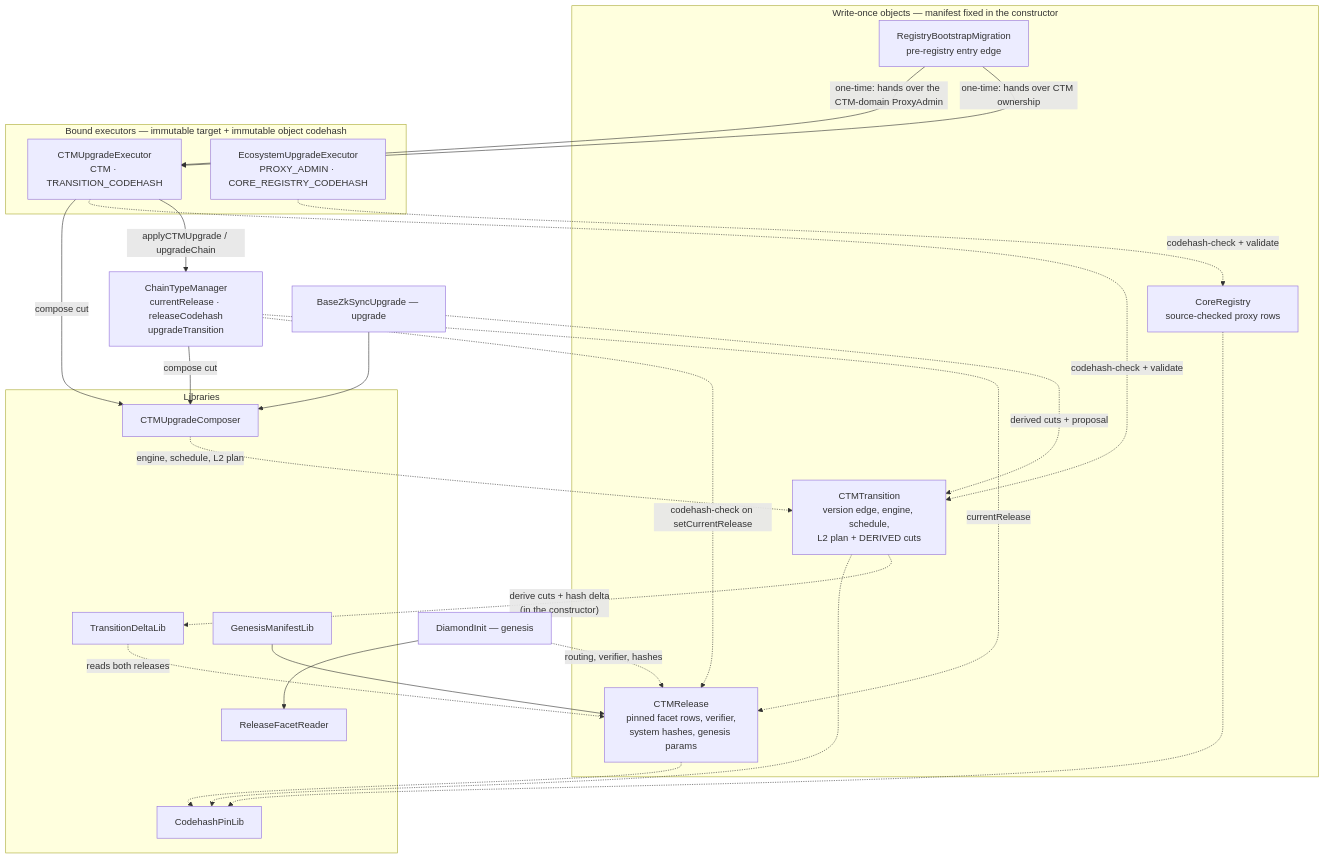
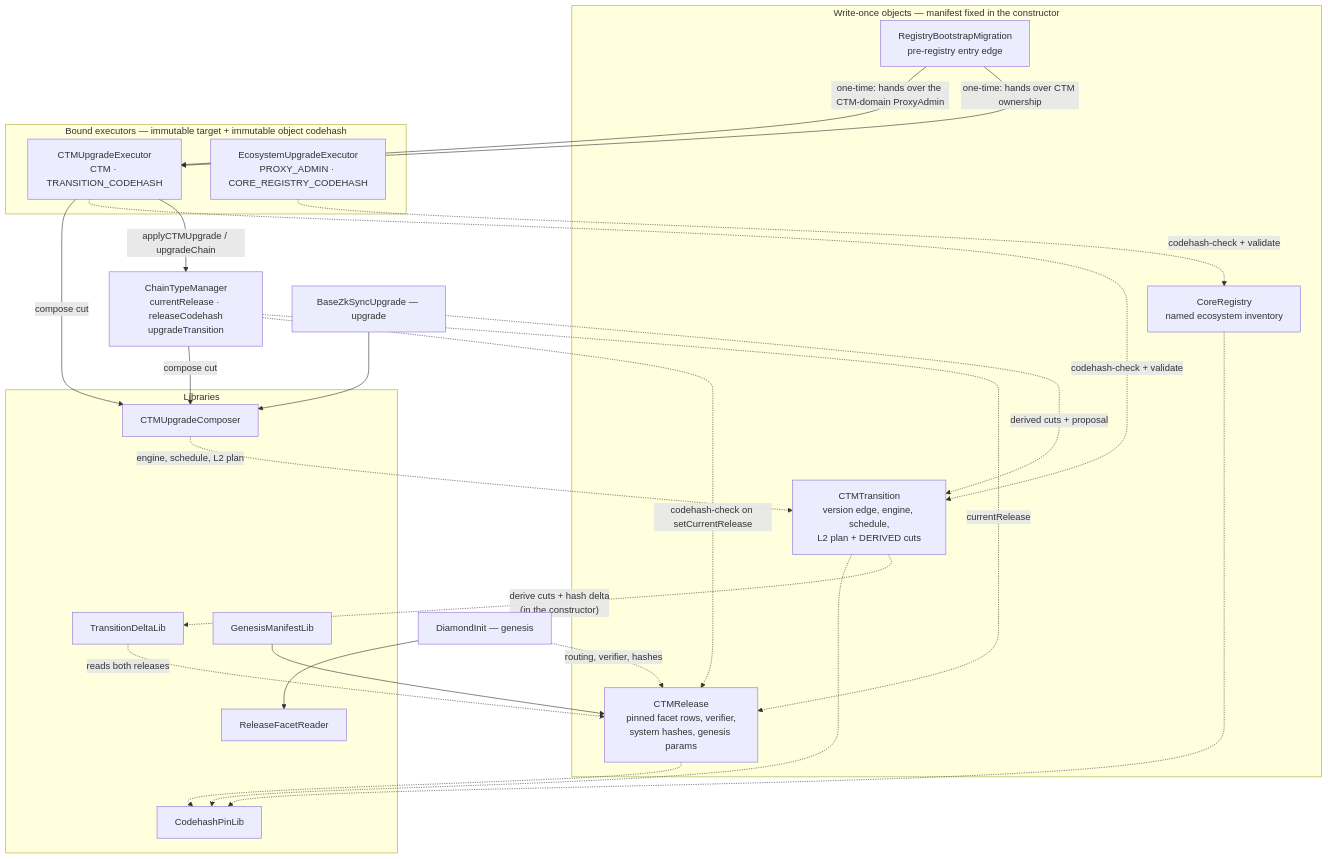
Before and after one commit to matter-labs/era-contracts: the first of 3 diagrams in docs/registry-driven-upgrades.md, drawn with Mermaid. The commit also changed other lines of this file and 15 other files, not shown here.

First line of the commit message:
review: proxy upgrades are named closed inventories, not row arrays

````diff
--- a/docs/registry-driven-upgrades.md
+++ b/docs/registry-driven-upgrades.md
@@ -56,51 +75,51 @@
 ```mermaid
 flowchart TB
     subgraph obj["Write-once objects — manifest fixed in the constructor"]
       REL["CTMRelease<br/>pinned facet rows, verifier,<br/>system hashes, genesis params"]
       TRA["CTMTransition<br/>version edge, engine, schedule,<br/>L2 plan + DERIVED cuts"]
-      CR["CoreRegistry<br/>source-checked proxy rows"]
+      CR["CoreRegistry<br/>named ecosystem inventory"]
       BOOT["RegistryBootstrapMigration<br/>pre-registry entry edge"]
     end
 
     subgraph exe["Bound executors — immutable target + immutable object codehash"]
       CE["CTMUpgradeExecutor<br/>CTM · TRANSITION_CODEHASH"]
       EE["EcosystemUpgradeExecutor<br/>PROXY_ADMIN · CORE_REGISTRY_CODEHASH"]
     end
 
     subgraph lib["Libraries"]
       TDL["TransitionDeltaLib"]
       RFR["ReleaseFacetReader"]
       CUC["CTMUpgradeComposer"]
       GML["GenesisManifestLib"]
       CPL["CodehashPinLib"]
     end
 
     CTM["ChainTypeManager<br/>currentRelease · releaseCodehash<br/>upgradeTransition"]
     DI["DiamondInit — genesis"]
     BZU["BaseZkSyncUpgrade — upgrade"]
 
     GML --> REL
     TRA -. "derive cuts + hash delta<br/>(in the constructor)" .-> TDL
     TDL -. "reads both releases" .-> REL
 
     CE -- "applyCTMUpgrade / upgradeChain" --> CTM
     CE -. "codehash-check + validate" .-> TRA
     EE -. "codehash-check + validate" .-> CR
     BOOT -- "one-time: hands over CTM ownership" --> CE
     BOOT -- "one-time: hands over the CTM-domain ProxyAdmin" --> CE
 
     CTM -. currentRelease .-> REL
     CTM -. "codehash-check on setCurrentRelease" .-> REL
     CTM -- "compose cut" --> CUC
     CE -- "compose cut" --> CUC
     CUC -. "engine, schedule, L2 plan" .-> TRA
 
     DI -. "routing, verifier, hashes" .-> REL
     DI --> RFR
     BZU -. "derived cuts + proposal" .-> TRA
     BZU --> CUC
 
     REL -.-> CPL
     TRA -.-> CPL
     CR -.-> CPL
 ```
````
